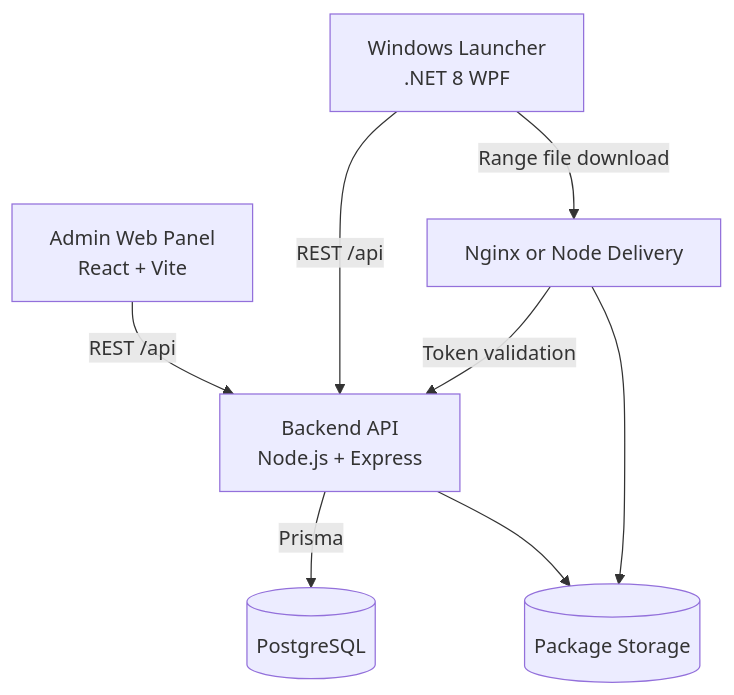
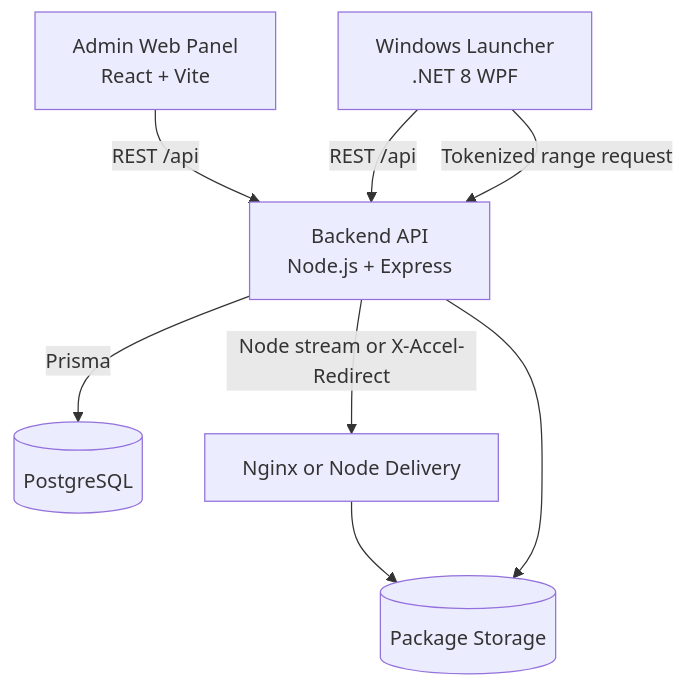
The first of 5 diagrams in docs/diagrams.md (nsmony/VIZZIO_Deployment_Platform), drawn with Mermaid before and after one commit. The commit also changed other lines of this file and 21 other files, not shown here.

````diff
--- a/docs/diagrams.md
+++ b/docs/diagrams.md
@@ -7,10 +7,10 @@
 ```mermaid
 graph TD
     A[Admin Web Panel\nReact + Vite] -->|REST /api| B[Backend API\nNode.js + Express]
     L[Windows Launcher\n.NET 8 WPF] -->|REST /api| B
     B -->|Prisma| D[(PostgreSQL)]
-    L -->|Range file download| F[Nginx or Node Delivery]
-    F -->|Token validation| B
+    L -->|Tokenized range request| B
+    B -->|Node stream or X-Accel-Redirect| F[Nginx or Node Delivery]
     F --> S[(Package Storage)]
     B --> S
 ```
````
